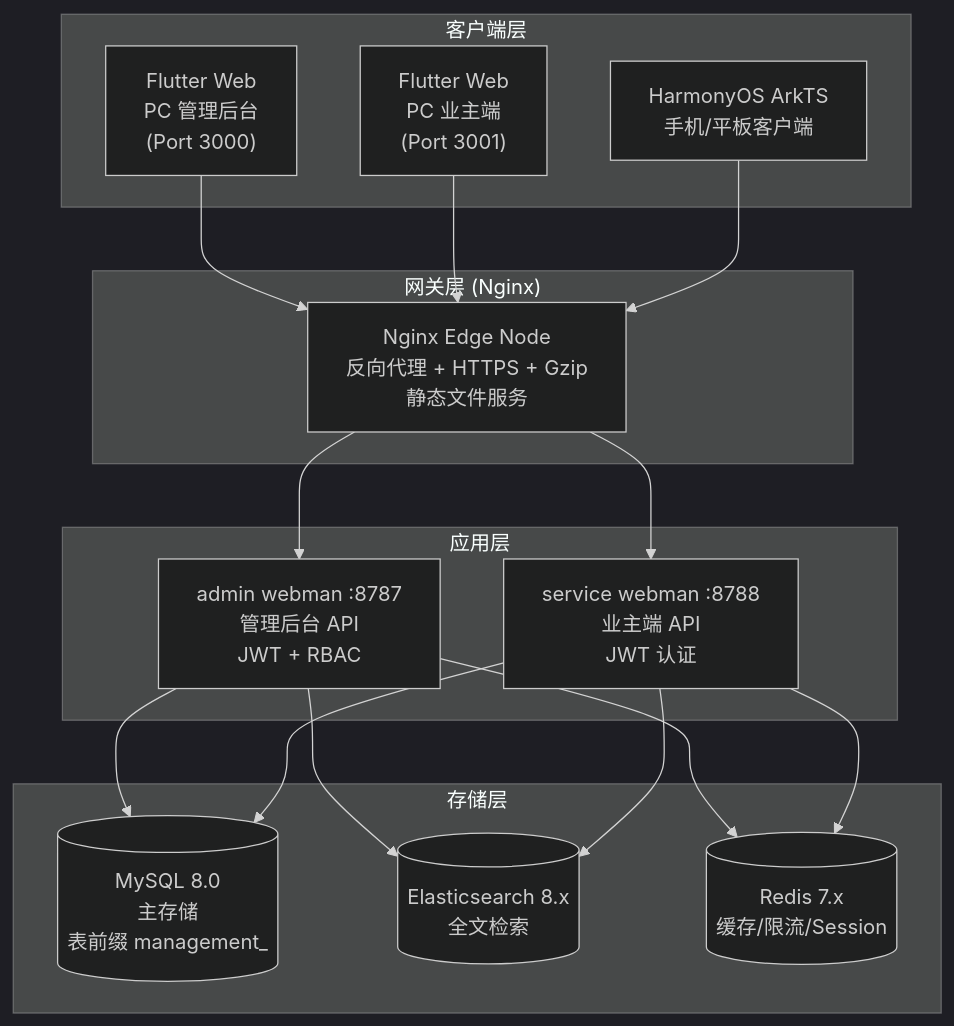
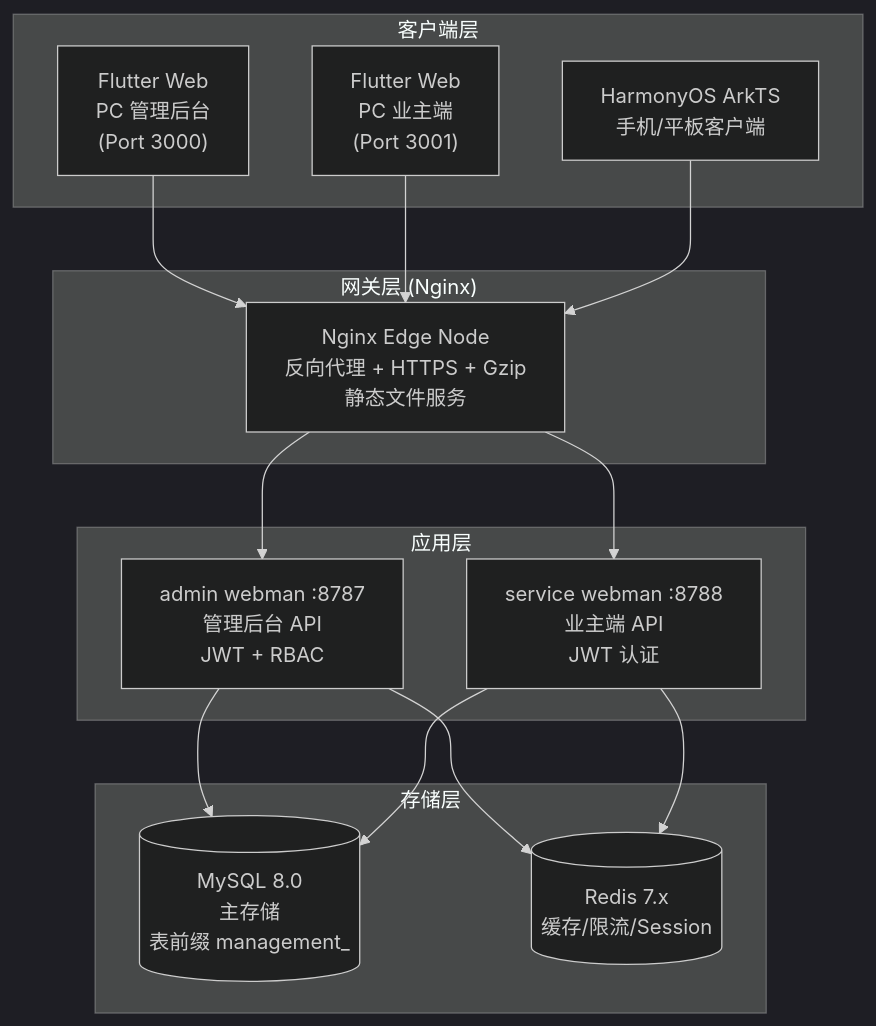
Before and after one commit to erikwang2013/property-management-platform: the first of 10 diagrams in docs/ARCHITECTURE.md, drawn with Mermaid (dark theme). The commit also changed other lines of this file and 44 other files, not shown here.

````diff
--- a/docs/ARCHITECTURE.md
+++ b/docs/ARCHITECTURE.md
@@ -11,27 +11,26 @@
 ```mermaid
 flowchart TB
     subgraph "客户端层"
         A1["Flutter Web<br/>PC 管理后台<br/>(Port 3000)"]
         A2["Flutter Web<br/>PC 业主端<br/>(Port 3001)"]
         A3["HarmonyOS ArkTS<br/>手机/平板客户端"]
     end
 
     subgraph "网关层 (Nginx)"
         B1["Nginx Edge Node<br/>反向代理 + HTTPS + Gzip<br/>静态文件服务"]
     end
 
     subgraph "应用层"
         C1["admin webman :8787<br/>管理后台 API<br/>JWT + RBAC"]
         C2["service webman :8788<br/>业主端 API<br/>JWT 认证"]
     end
 
     subgraph "存储层"
         D1[("MySQL 8.0<br/>主存储<br/>表前缀 management_")]
-        D2[("Elasticsearch 8.x<br/>全文检索")]
         D3[("Redis 7.x<br/>缓存/限流/Session")]
     end
 
     A1 & A2 & A3 --> B1
     B1 --> C1 & C2
-    C1 & C2 --> D1 & D2 & D3
+    C1 & C2 --> D1 & D3
 ```
````
